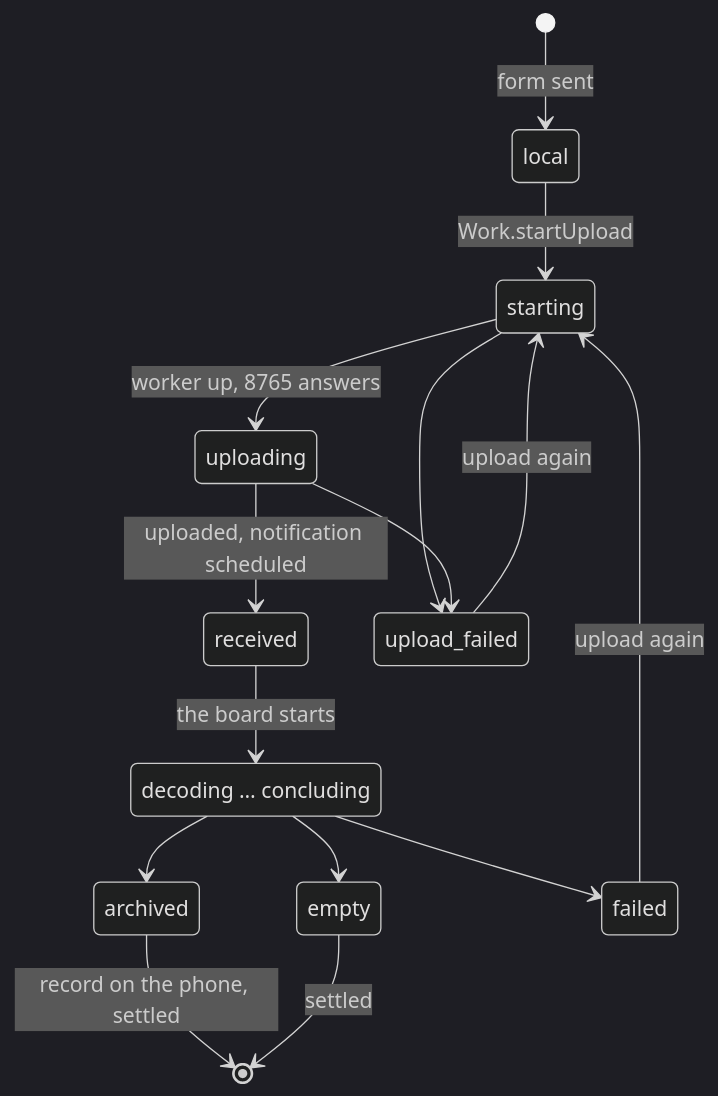
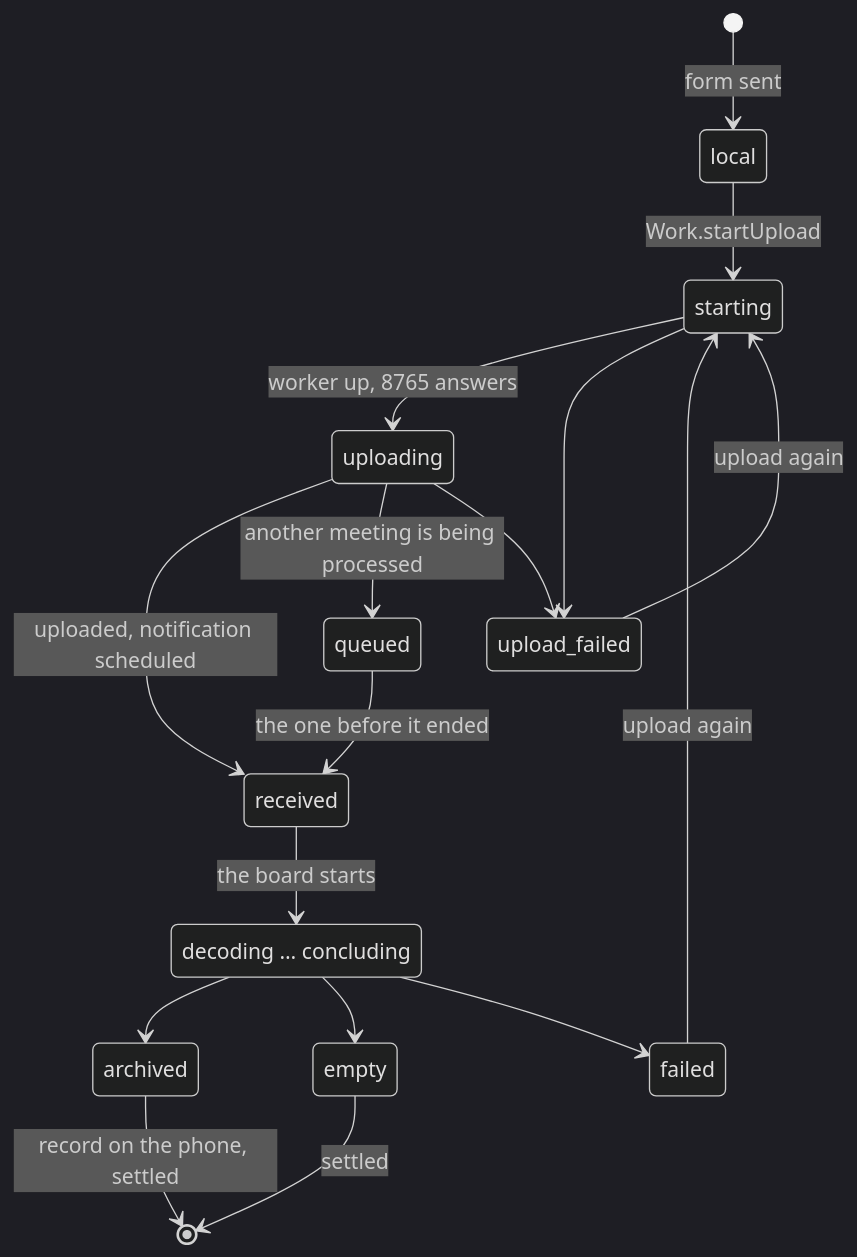
The second of 2 diagrams in ai_agents/meeting-app-android/DEVELOPMENT.md (harold-2022-cloud/ten-framework-arm64), drawn with Mermaid (dark theme) before and after one commit. The commit also changed other lines of this file and 10 other files, not shown here.

````diff
--- a/ai_agents/meeting-app-android/DEVELOPMENT.md
+++ b/ai_agents/meeting-app-android/DEVELOPMENT.md
@@ -213,18 +230,20 @@
 ```mermaid
 stateDiagram-v2
     [*] --> local: form sent
     local --> starting: Work.startUpload
     starting --> uploading: worker up, 8765 answers
     uploading --> received: uploaded, notification scheduled
+    uploading --> queued: another meeting is being processed
+    queued --> received: the one before it ended
     starting --> upload_failed
     uploading --> upload_failed
     upload_failed --> starting: upload again
     received --> processing: the board starts
     state "decoding … concluding" as processing
     processing --> archived
     processing --> empty
     processing --> failed
     failed --> starting: upload again
     archived --> [*]: record on the phone, settled
     empty --> [*]: settled
 ```
````
